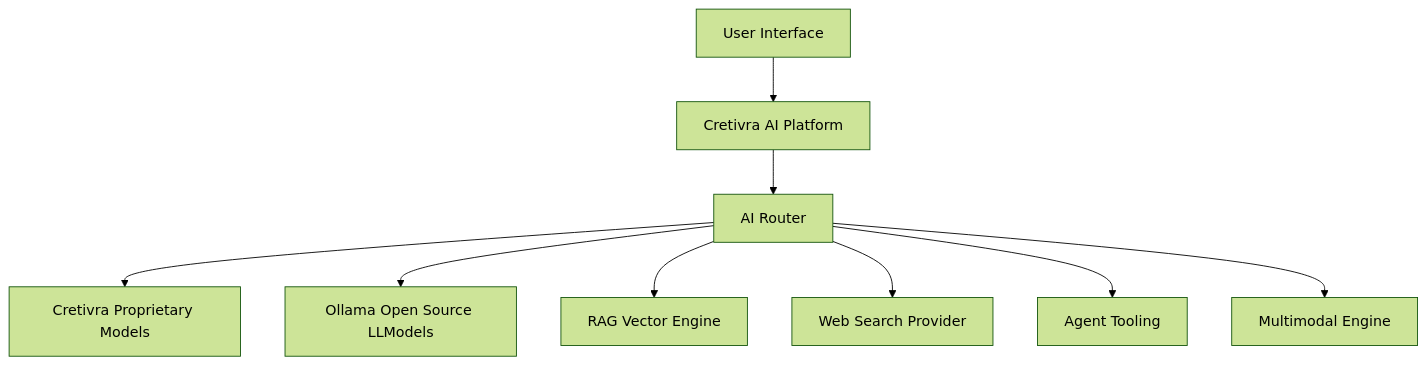
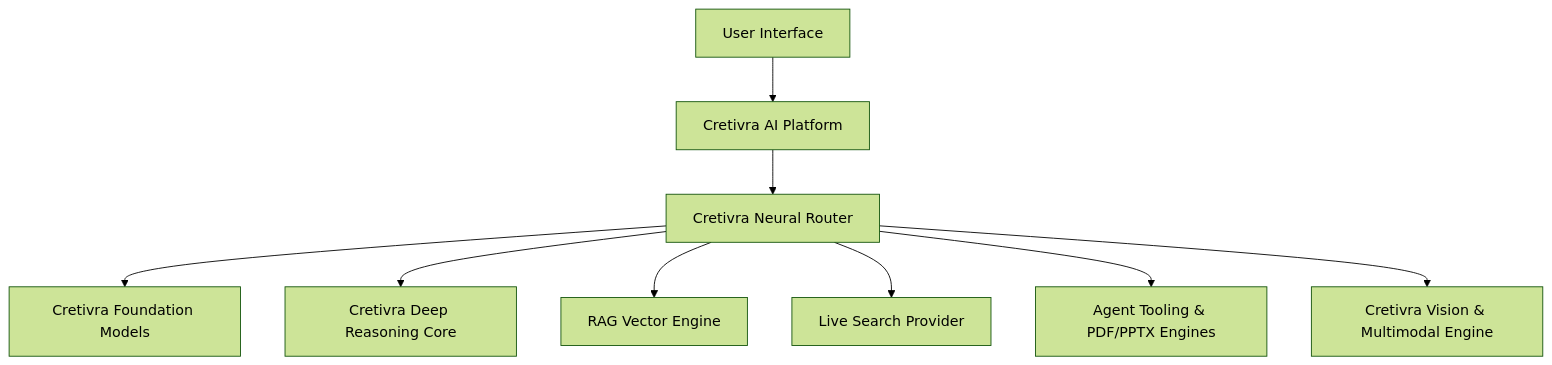
Before and after one commit to Suhash369/cretivra-ai: the second of 2 diagrams in docs/architecture.md, drawn with Mermaid (forest theme). The commit also changed other lines of this file and 12 other files, not shown here.

Commit message:
docs: unify documentation branding to Cretivra Neural Core and Foundation Models

````diff
--- a/docs/architecture.md
+++ b/docs/architecture.md
@@ -19,11 +19,11 @@
 ```mermaid
 graph TD
     User["User Interface"] --> Platform["Cretivra AI Platform"]
-    Platform --> Router["AI Router"]
-    Router --> CretivraProprietary["Cretivra Proprietary Models"]
-    Router --> OllamaModels["Ollama Open Source LLModels"]
+    Platform --> Router["Cretivra Neural Router"]
+    Router --> CretivraProprietary["Cretivra Foundation Models"]
+    Router --> CretivraReason["Cretivra Deep Reasoning Core"]
     Router --> RAGEngine["RAG Vector Engine"]
-    Router --> WebSearch["Web Search Provider"]
-    Router --> AgentTools["Agent Tooling"]
-    Router --> Multimodal["Multimodal Engine"]
+    Router --> WebSearch["Live Search Provider"]
+    Router --> AgentTools["Agent Tooling & PDF/PPTX Engines"]
+    Router --> Multimodal["Cretivra Vision & Multimodal Engine"]
 ```
````
